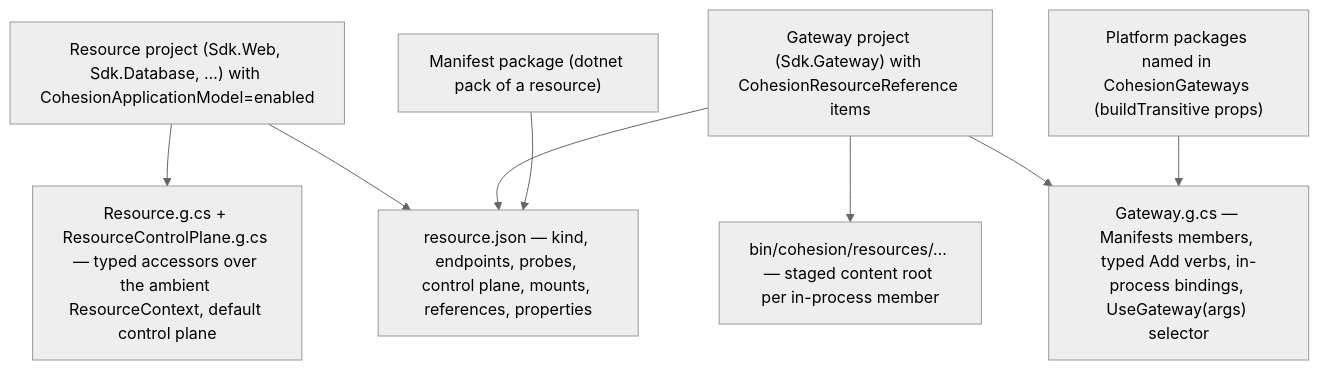
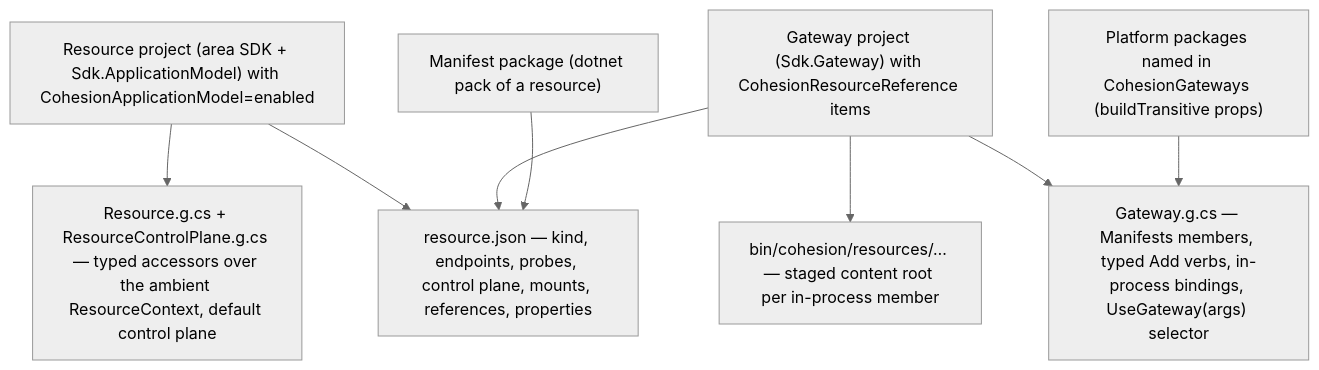
One commit to assimalign/cohesion changed the first of 4 diagrams in docs/APPLICATION_MODEL_BUILD_AND_DEPLOY.md. Above: the diagram before and after it, drawn with Mermaid (neutral theme). The commit also changed other lines of this file and 155 other files, not shown here.

````diff
--- a/docs/APPLICATION_MODEL_BUILD_AND_DEPLOY.md
+++ b/docs/APPLICATION_MODEL_BUILD_AND_DEPLOY.md
@@ -17,10 +20,10 @@
 ```mermaid
 flowchart TD
-    Resource["Resource project (Sdk.Web, Sdk.Database, …) with CohesionApplicationModel=enabled"] --> Manifest["resource.json — kind, endpoints, probes, control plane, mounts, references, properties"]
+    Resource["Resource project (area SDK + Sdk.ApplicationModel) with CohesionApplicationModel=enabled"] --> Manifest["resource.json — kind, endpoints, probes, control plane, mounts, references, properties"]
     Resource --> ResourceCode["Resource.g.cs + ResourceControlPlane.g.cs — typed accessors over the ambient ResourceContext, default control plane"]
     Gateway["Gateway project (Sdk.Gateway) with CohesionResourceReference items"] --> Manifest
     Gateway --> GatewayCode["Gateway.g.cs — Manifests members, typed Add verbs, in-process bindings, UseGateway(args) selector"]
     Gateway --> Staged["bin/cohesion/resources/… — staged content root per in-process member"]
     Package["Manifest package (dotnet pack of a resource)"] --> Manifest
     Providers["Platform packages named in CohesionGateways (buildTransitive props)"] --> GatewayCode
 ```
````
